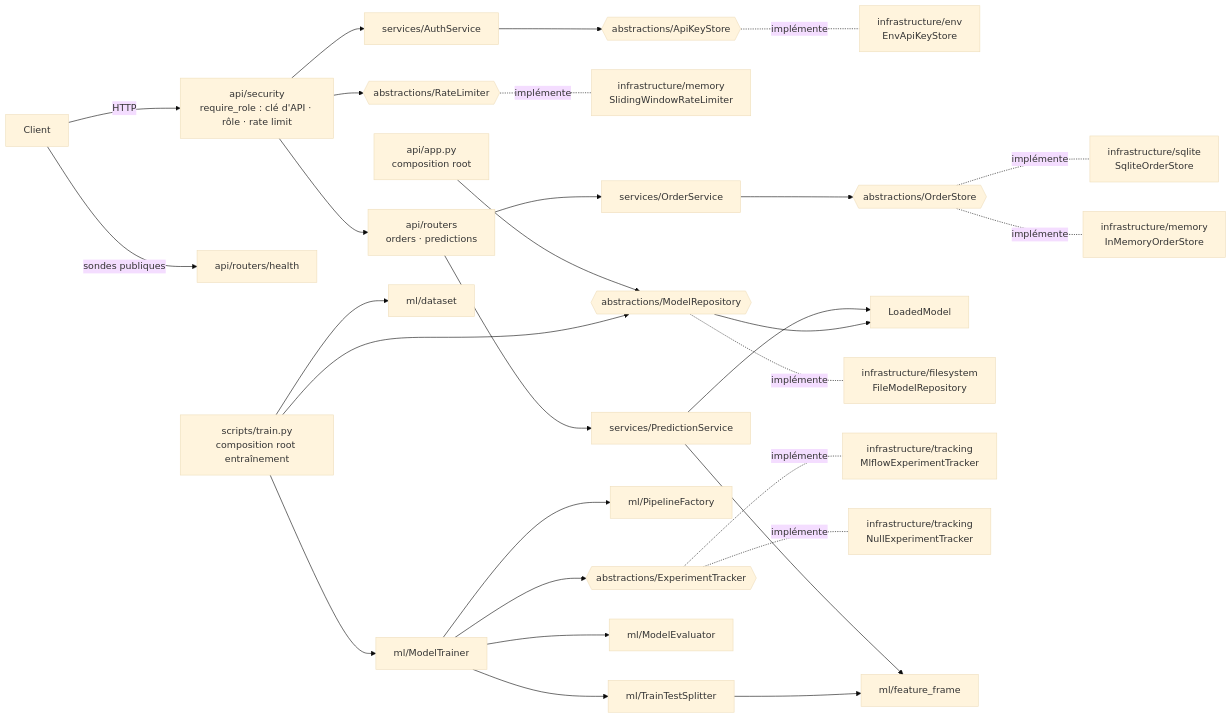
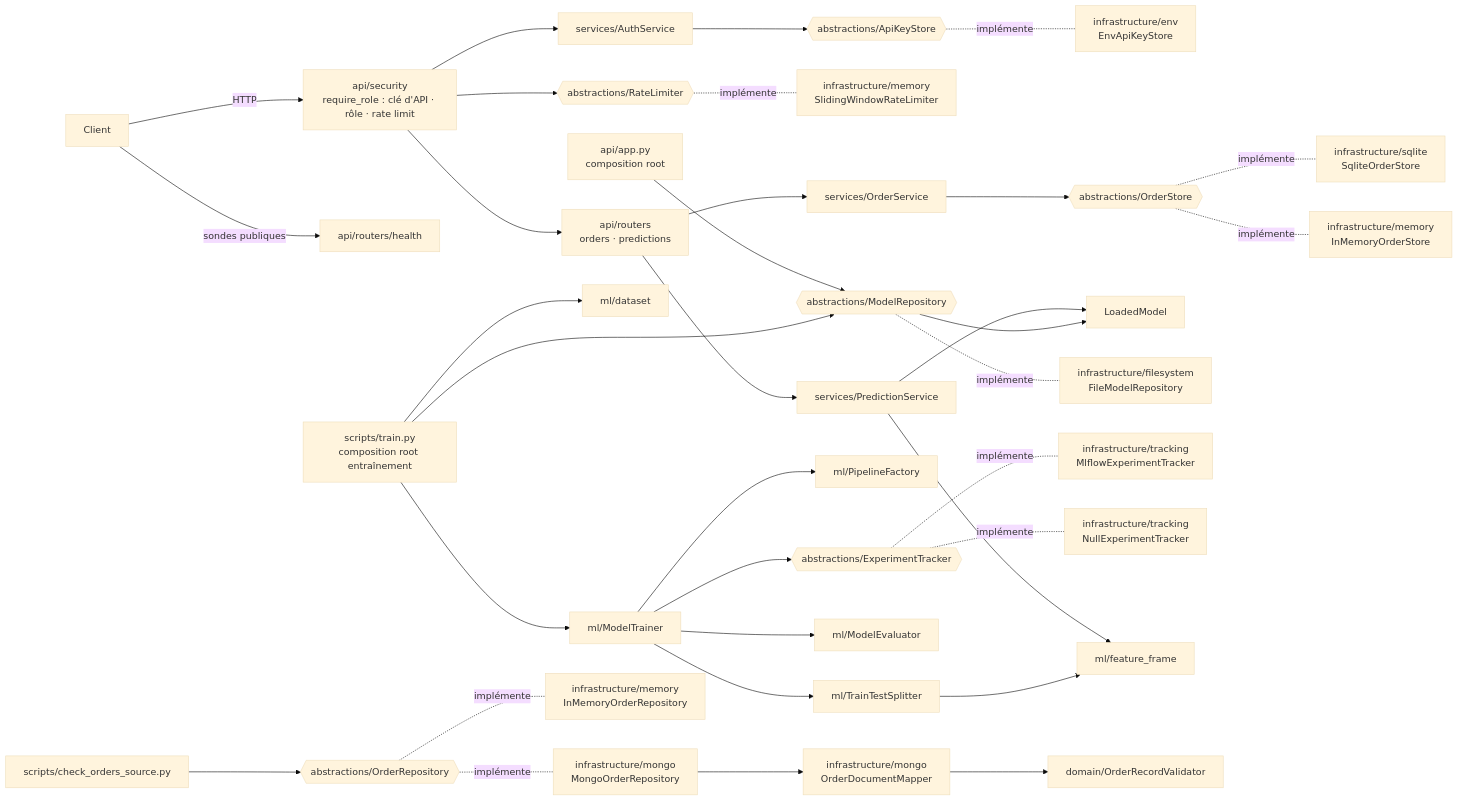
The first of 2 diagrams in docs/architecture.md (Min3r0/Industrialisation_IA_Cloud), drawn with Mermaid (base theme) before and after one commit. The commit also changed other lines of this file and 21 other files, not shown here.

Commit message:
feat(data): OrderRepository en lecture seule sur MongoDB (ADR-0011)

````diff
--- a/docs/architecture.md
+++ b/docs/architecture.md
@@ -14,31 +14,36 @@
 ```mermaid
 flowchart LR
     Client -->|HTTP| SEC[api/security<br/>require_role : clé d'API · rôle · rate limit]
     Client -->|sondes publiques| H[api/routers/health]
     SEC --> API[api/routers<br/>orders · predictions]
     SEC --> AS[services/AuthService]
     AS --> KSP{{abstractions/ApiKeyStore}}
     SEC --> RLP{{abstractions/RateLimiter}}
     KSP -.implémente.- ENV[infrastructure/env<br/>EnvApiKeyStore]
     RLP -.implémente.- SW[infrastructure/memory<br/>SlidingWindowRateLimiter]
     API --> OS[services/OrderService]
     API --> PS[services/PredictionService]
     OS --> OSP{{abstractions/OrderStore}}
     PS --> LM[LoadedModel]
     APP[api/app.py<br/>composition root] --> MRP{{abstractions/ModelRepository}}
     MRP --> LM
     OSP -.implémente.- SQL[infrastructure/sqlite<br/>SqliteOrderStore]
     OSP -.implémente.- MEM[infrastructure/memory<br/>InMemoryOrderStore]
     MRP -.implémente.- FS[infrastructure/filesystem<br/>FileModelRepository]
     TRAIN[scripts/train.py<br/>composition root entraînement] --> DS[ml/dataset]
     TRAIN --> MT[ml/ModelTrainer]
     MT --> PF[ml/PipelineFactory]
     MT --> SP[ml/TrainTestSplitter]
     MT --> EV[ml/ModelEvaluator]
     MT --> ETP{{abstractions/ExperimentTracker}}
     ETP -.implémente.- MLF[infrastructure/tracking<br/>MlflowExperimentTracker]
     ETP -.implémente.- NUL[infrastructure/tracking<br/>NullExperimentTracker]
     PS --> FF[ml/feature_frame]
     SP --> FF
     TRAIN --> MRP
+    CHK[scripts/check_orders_source.py] --> ORP{{abstractions/OrderRepository}}
+    ORP -.implémente.- MGR[infrastructure/mongo<br/>MongoOrderRepository]
+    ORP -.implémente.- MER[infrastructure/memory<br/>InMemoryOrderRepository]
+    MGR --> MAP[infrastructure/mongo<br/>OrderDocumentMapper]
+    MAP --> VAL[domain/OrderRecordValidator]
 ```
````
